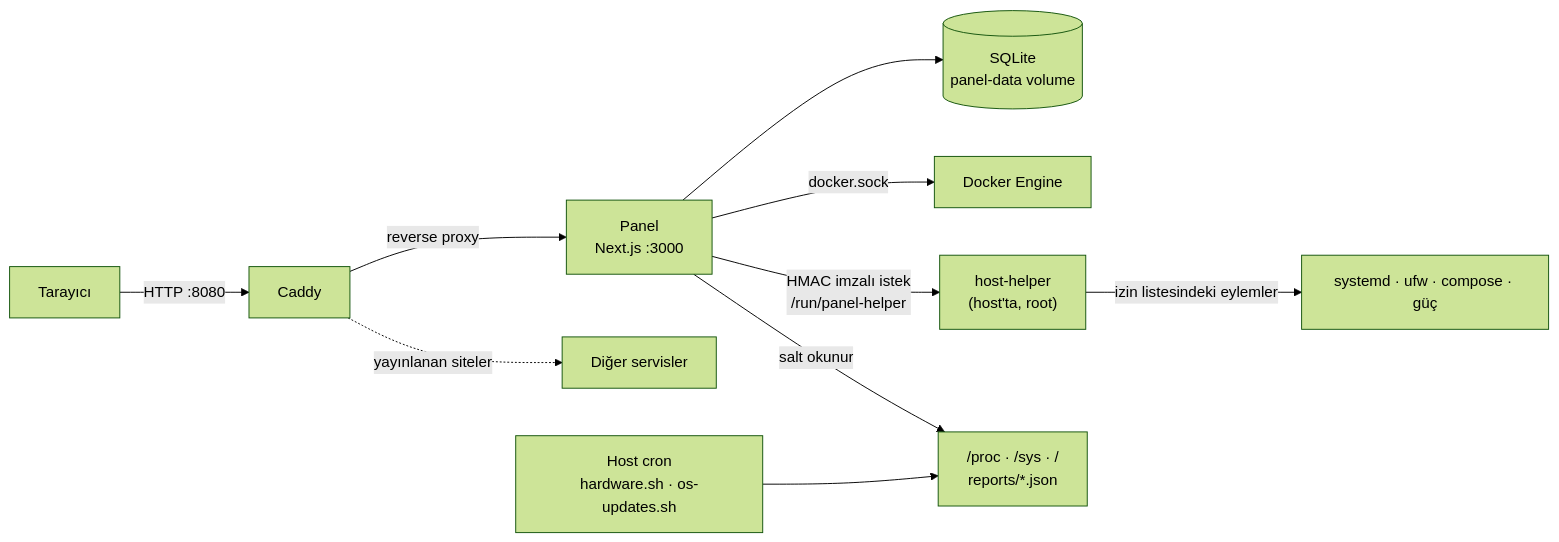
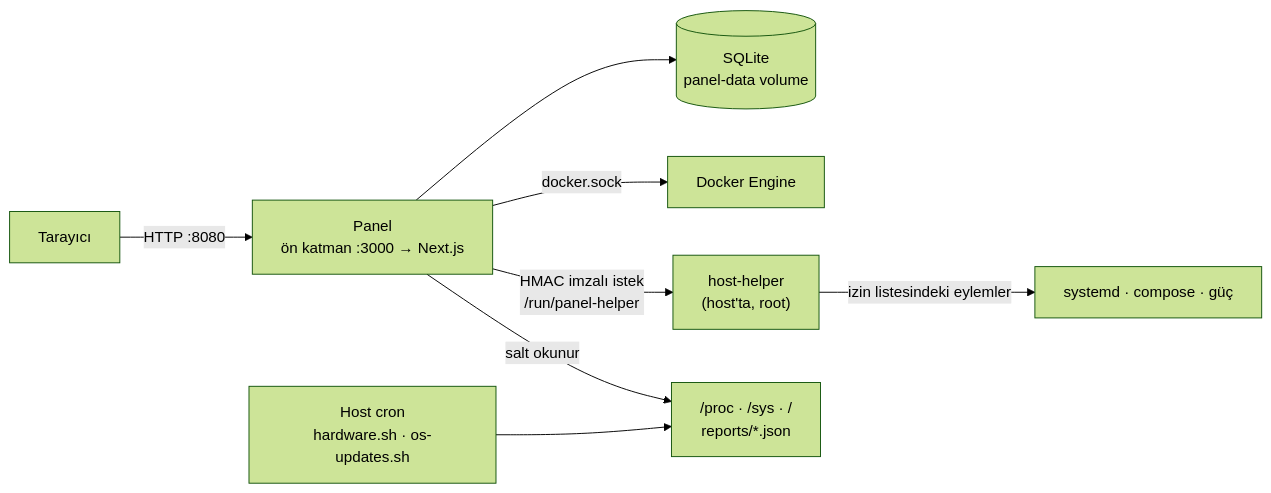
The diagram in README_tr.md (coraspirin/ServerManagementPanel), drawn with Mermaid (forest theme) before and after one commit. The commit also changed other lines of this file and 110 other files, not shown here.

First line of the commit message:
Refactor middleware and settings schema to remove deprecated features

````diff
--- a/README_tr.md
+++ b/README_tr.md
@@ -84,12 +80,10 @@
 ```mermaid
 flowchart LR
-    B[Tarayıcı] -->|"HTTP :8080"| C[Caddy]
-    C -->|reverse proxy| P["Panel<br/>Next.js :3000"]
-    C -.->|yayınlanan siteler| S[Diğer servisler]
+    B[Tarayıcı] -->|"HTTP :8080"| P["Panel<br/>ön katman :3000 → Next.js"]
     P --> DB[("SQLite<br/>panel-data volume")]
     P -->|docker.sock| D[Docker Engine]
     P -->|"HMAC imzalı istek<br/>/run/panel-helper"| H["host-helper<br/>(host'ta, root)"]
-    H -->|izin listesindeki eylemler| OS["systemd · ufw · compose · güç"]
+    H -->|izin listesindeki eylemler| OS["systemd · compose · güç"]
     P -->|salt okunur| M["/proc · /sys · /<br/>reports/*.json"]
     CR["Host cron<br/>hardware.sh · os-updates.sh"] --> M
 ```
````
